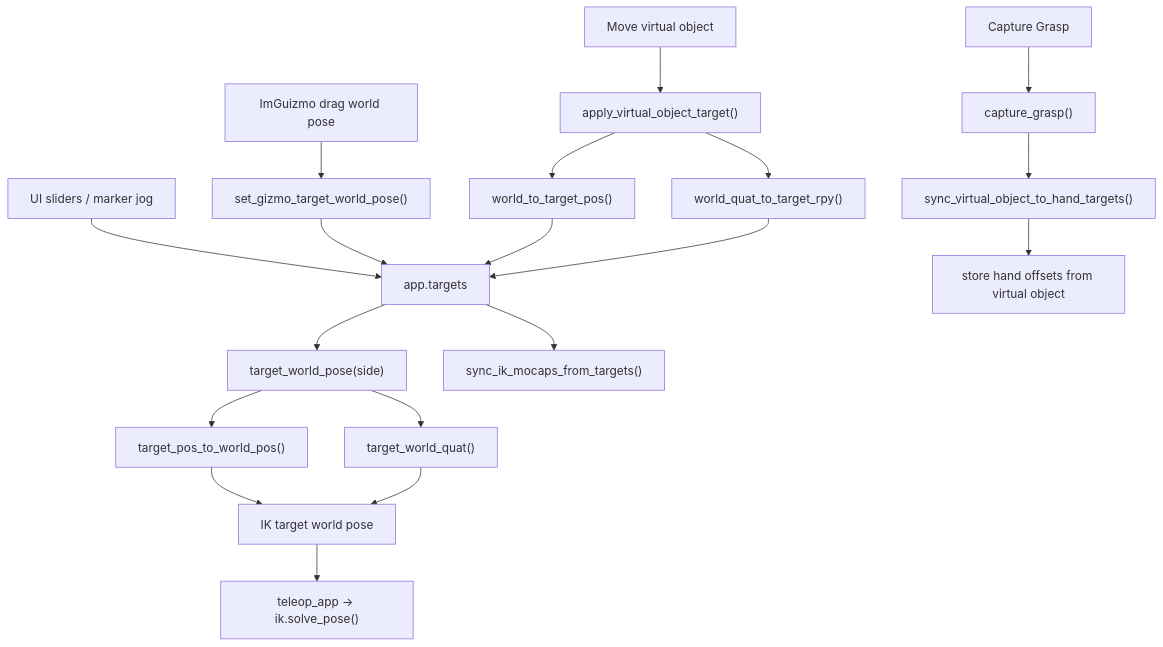
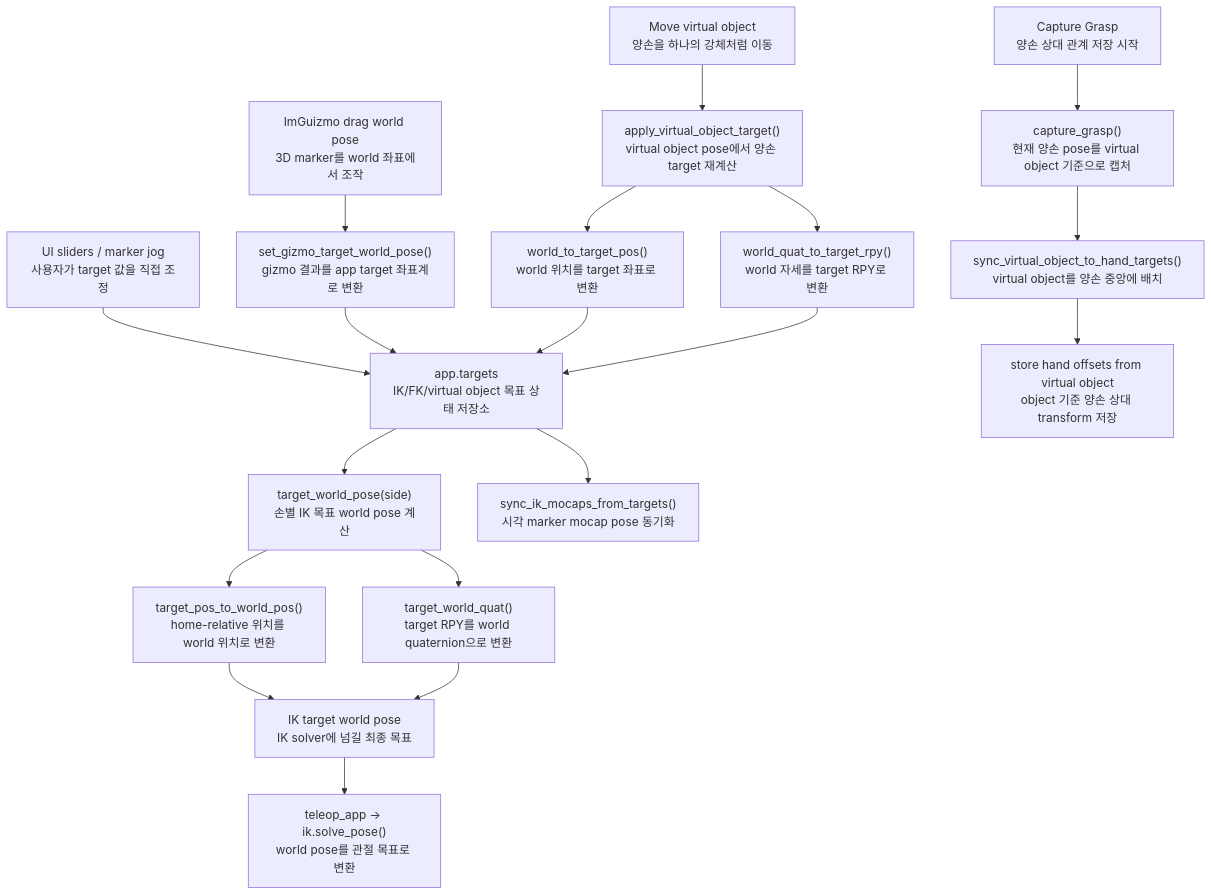
The diagram in docs/guide/teleop_targets.md (ggh-png/ffw-sh5-grasp), drawn with Mermaid before and after one commit. The commit also changed 9 other files, not shown here.

Commit message:
Improve docs diagrams and add project link

````diff
--- a/docs/guide/teleop_targets.md
+++ b/docs/guide/teleop_targets.md
@@ -47,22 +47,22 @@
 ```mermaid
 flowchart TD
-    A["UI sliders / marker jog"] --> B["app.targets"]
-    C["ImGuizmo drag world pose"] --> D["set_gizmo_target_world_pose()"]
+    A["UI sliders / marker jog<br>사용자가 target 값을 직접 조정"] --> B["app.targets<br>IK/FK/virtual object 목표 상태 저장소"]
+    C["ImGuizmo drag world pose<br>3D marker를 world 좌표에서 조작"] --> D["set_gizmo_target_world_pose()<br>gizmo 결과를 app target 좌표계로 변환"]
     D --> B
-    B --> E["target_world_pose(side)"]
-    E --> F["target_pos_to_world_pos()"]
-    E --> G["target_world_quat()"]
-    F --> H["IK target world pose"]
+    B --> E["target_world_pose(side)<br>손별 IK 목표 world pose 계산"]
+    E --> F["target_pos_to_world_pos()<br>home-relative 위치를 world 위치로 변환"]
+    E --> G["target_world_quat()<br>target RPY를 world quaternion으로 변환"]
+    F --> H["IK target world pose<br>IK solver에 넘길 최종 목표"]
     G --> H
-    H --> I["teleop_app -> ik.solve_pose()"]
+    H --> I["teleop_app -> ik.solve_pose()<br>world pose를 관절 목표로 변환"]
 
-    J["Capture Grasp"] --> K["capture_grasp()"]
-    K --> L["sync_virtual_object_to_hand_targets()"]
-    L --> M["store hand offsets from virtual object"]
-    N["Move virtual object"] --> O["apply_virtual_object_target()"]
-    O --> P["world_to_target_pos()"]
-    O --> Q["world_quat_to_target_rpy()"]
+    J["Capture Grasp<br>양손 상대 관계 저장 시작"] --> K["capture_grasp()<br>현재 양손 pose를 virtual object 기준으로 캡처"]
+    K --> L["sync_virtual_object_to_hand_targets()<br>virtual object를 양손 중앙에 배치"]
+    L --> M["store hand offsets from virtual object<br>object 기준 양손 상대 transform 저장"]
+    N["Move virtual object<br>양손을 하나의 강체처럼 이동"] --> O["apply_virtual_object_target()<br>virtual object pose에서 양손 target 재계산"]
+    O --> P["world_to_target_pos()<br>world 위치를 target 좌표로 변환"]
+    O --> Q["world_quat_to_target_rpy()<br>world 자세를 target RPY로 변환"]
     P --> B
     Q --> B
-    B --> R["sync_ik_mocaps_from_targets()"]
+    B --> R["sync_ik_mocaps_from_targets()<br>시각 marker mocap pose 동기화"]
 ```
````
